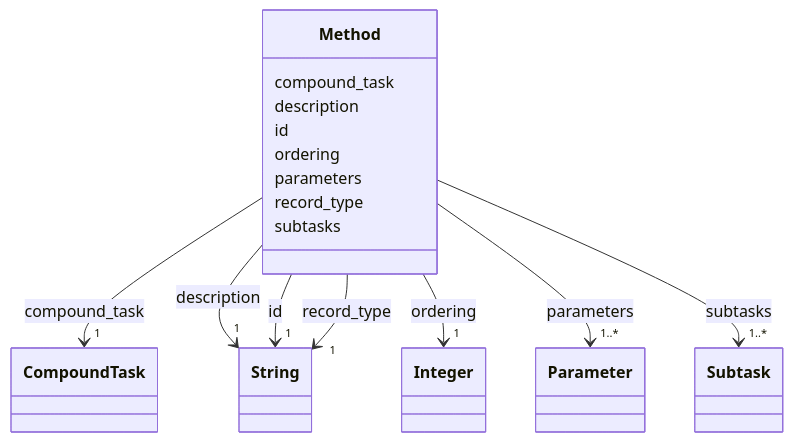
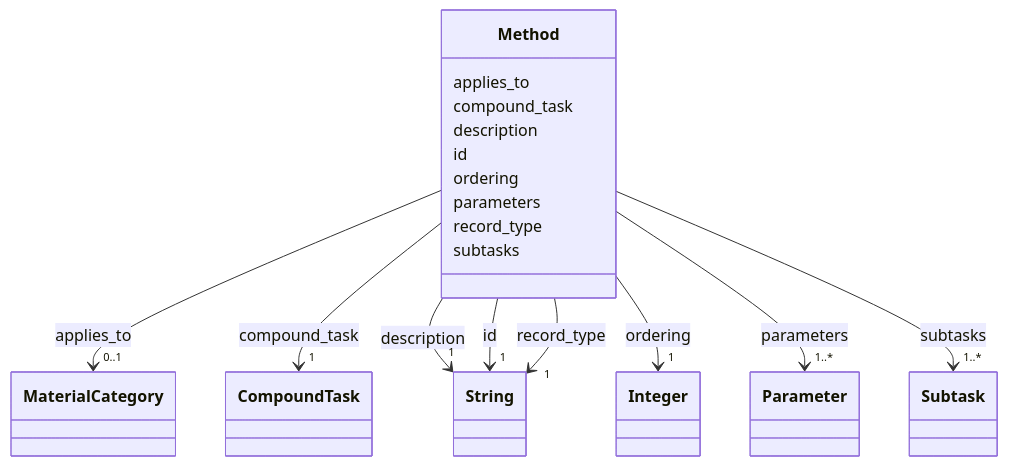
Before and after one commit to maikeljsb/rcpc-schema: the diagram in docs/model/process/Method.md, drawn with Mermaid. The commit also changed other lines of this file and 23 other files, not shown here.

Commit message:
feat(process): move applies_to onto Method as one MaterialCategory

```diff
--- a/docs/model/process/Method.md
+++ b/docs/model/process/Method.md
@@ -24,6 +24,17 @@
  classDiagram
     class Method
     click Method href "../Method/"
+      Method : applies_to
+        
+          
+    
+        
+        
+        Method --> "0..1" MaterialCategory : applies_to
+        click MaterialCategory href "../MaterialCategory/"
+    
+
+        
       Method : compound_task
         
           
```
